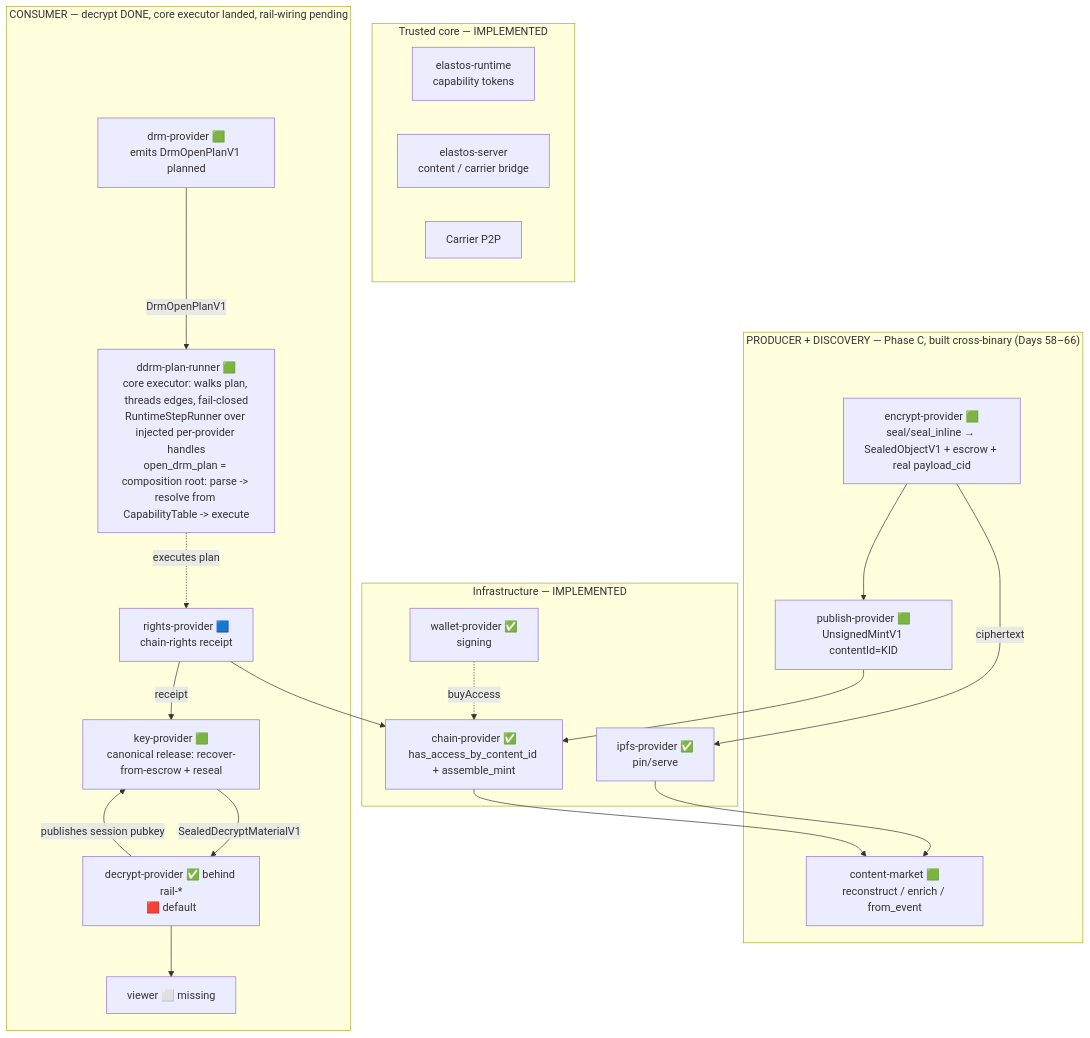
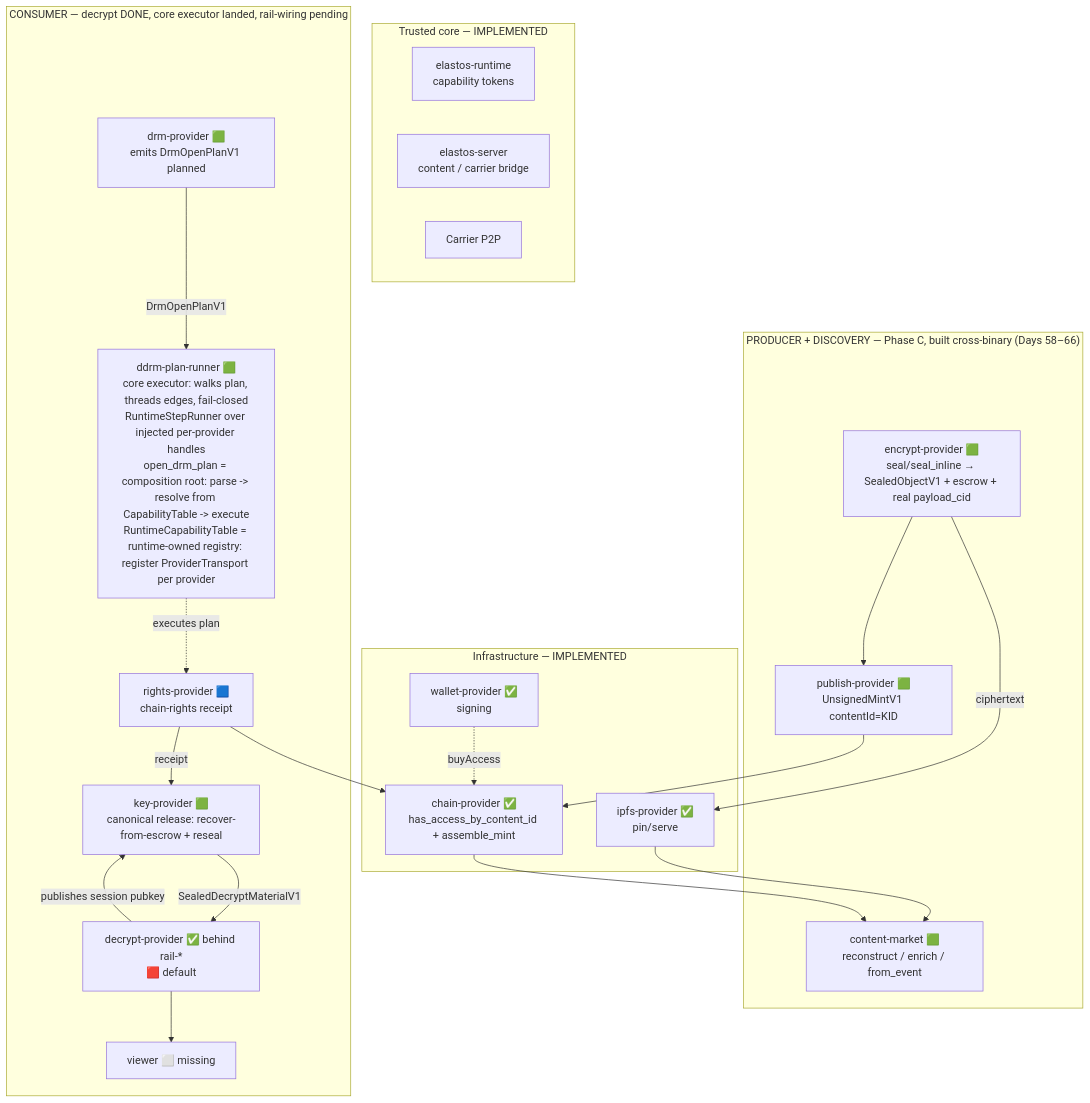
One commit to Elacity/elastos-runtime changed the first of 2 diagrams in docs/convergence/SYSTEM_ARCHITECTURE_MAP.md. Above: the diagram before and after it, drawn with Mermaid. The commit also changed other lines of this file and 6 other files, not shown here.

````diff
--- a/docs/convergence/SYSTEM_ARCHITECTURE_MAP.md
+++ b/docs/convergence/SYSTEM_ARCHITECTURE_MAP.md
@@ -122,34 +122,34 @@
 ```mermaid
 flowchart TB
   subgraph core["Trusted core — IMPLEMENTED"]
     RT[elastos-runtime<br/>capability tokens]
     SRV[elastos-server<br/>content / carrier bridge]
     CAR[Carrier P2P]
   end
   subgraph infra["Infrastructure — IMPLEMENTED"]
     IPFS[ipfs-provider ✅<br/>pin/serve]
     CHN[chain-provider ✅<br/>has_access_by_content_id + assemble_mint]
     WLT[wallet-provider ✅<br/>signing]
   end
   subgraph prod["PRODUCER + DISCOVERY — Phase C, built cross-binary (Days 58–66)"]
     ENC[encrypt-provider 🟩<br/>seal/seal_inline → SealedObjectV1 + escrow + real payload_cid]
     PUBP[publish-provider 🟩<br/>UnsignedMintV1 contentId=KID]
     MKT[content-market 🟩<br/>reconstruct / enrich / from_event]
   end
   subgraph cons["CONSUMER — decrypt DONE, core executor landed, rail-wiring pending"]
     DRM[drm-provider 🟩<br/>emits DrmOpenPlanV1 planned]
-    CORE[ddrm-plan-runner 🟩<br/>core executor: walks plan, threads edges, fail-closed<br/>RuntimeStepRunner over injected per-provider handles<br/>open_drm_plan = composition root: parse -> resolve from CapabilityTable -> execute]
+    CORE[ddrm-plan-runner 🟩<br/>core executor: walks plan, threads edges, fail-closed<br/>RuntimeStepRunner over injected per-provider handles<br/>open_drm_plan = composition root: parse -> resolve from CapabilityTable -> execute<br/>RuntimeCapabilityTable = runtime-owned registry: register ProviderTransport per provider]
     RTS[rights-provider 🟦<br/>chain-rights receipt]
     KEY[key-provider 🟩<br/>canonical release: recover-from-escrow + reseal]
     DEC[decrypt-provider ✅ behind rail-*<br/>🟥 default]
     VIEW[viewer ⬜ missing]
   end
   ENC --> PUBP --> CHN
   ENC -->|ciphertext| IPFS --> MKT
   CHN --> MKT
   WLT -. buyAccess .-> CHN
   DRM -->|DrmOpenPlanV1| CORE
   CORE -. executes plan .-> RTS --> CHN
   RTS -->|receipt| KEY -->|SealedDecryptMaterialV1| DEC --> VIEW
   DEC -->|publishes session pubkey| KEY
 ```
````
